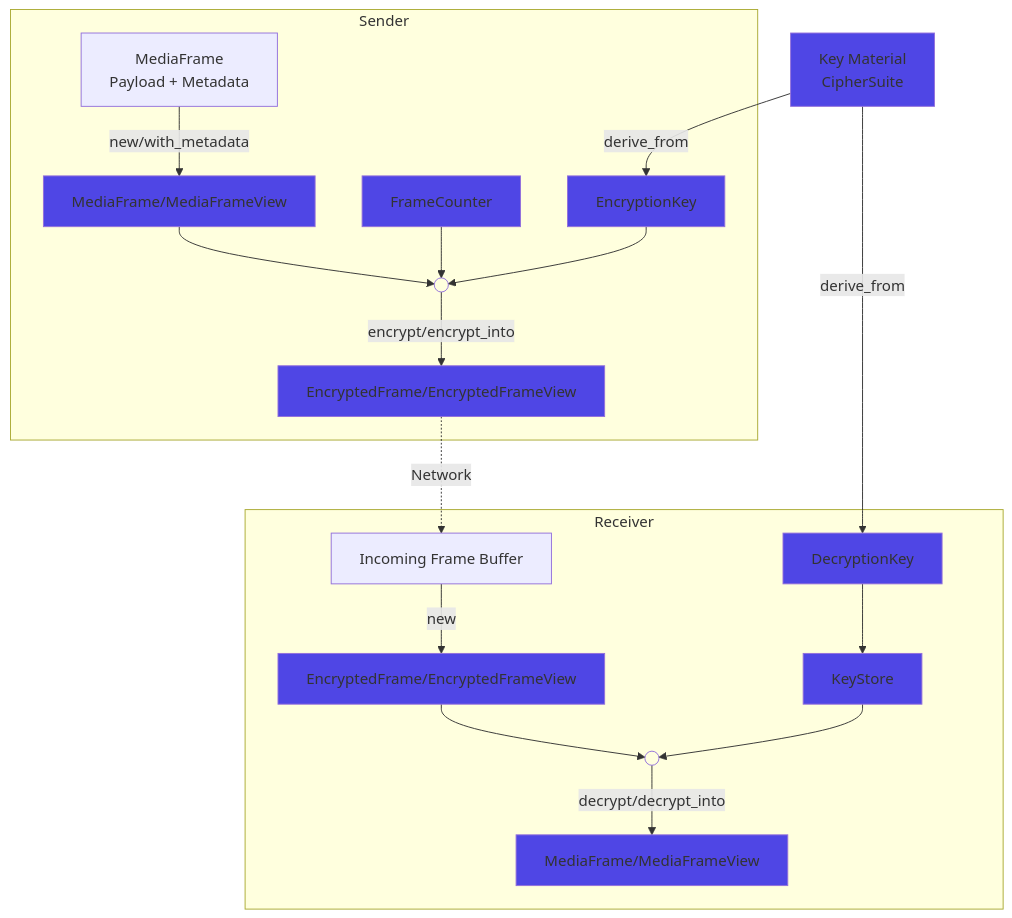
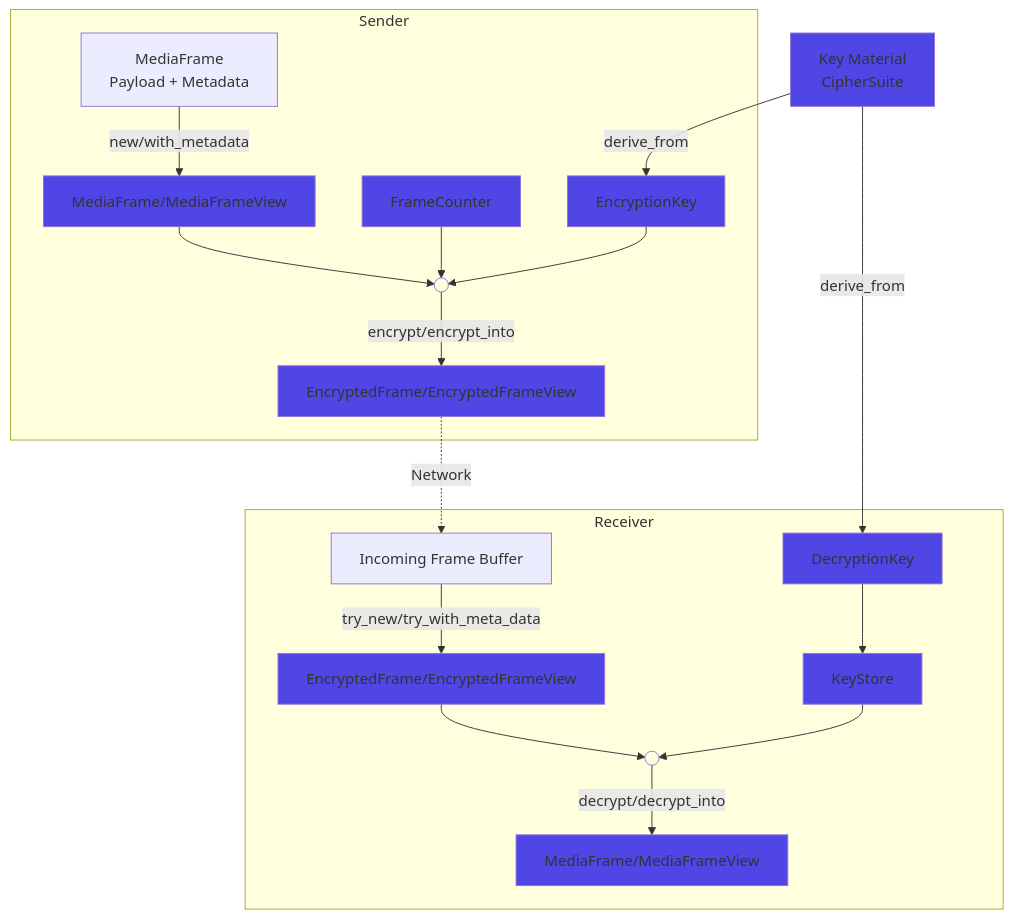
One commit to TobTheRock/sframe-rs changed the diagram in README.md. Above: the diagram before and after it, drawn with Mermaid.

Commit message:
docs: use correct API methods in mermaid diag

````diff
--- a/README.md
+++ b/README.md
@@ -55,36 +55,36 @@
 ```mermaid
 flowchart TD
     subgraph Sender
         A[MediaFrame<br/>Payload + Metadata] -->|new/with_metadata| B[MediaFrame/MediaFrameView]
         B --> EncryptJunction(( ))
         EncryptJunction -->|encrypt/encrypt_into| C[EncryptedFrame/EncryptedFrameView]
         FC[FrameCounter] --> EncryptJunction
         EK[EncryptionKey] --> EncryptJunction
     end
     
     Shared[Key Material<br/>CipherSuite]
     Shared -->|derive_from| EK
     Shared -->|derive_from| DK
     
     subgraph Receiver
-        D[Incoming Frame Buffer] -->|new| E[EncryptedFrame/EncryptedFrameView]
+        D[Incoming Frame Buffer] -->|try_new/try_with_meta_data| E[EncryptedFrame/EncryptedFrameView]
         E --> DecryptJunction(( ))
         DecryptJunction -->|decrypt/decrypt_into| F[MediaFrame/MediaFrameView]
         DK[DecryptionKey] --> KS[KeyStore]
         KS --> DecryptJunction
     end
     
     C -.->|Network| D
     
     style Shared fill:#4f46e5
     style B fill:#4f46e5
     style C fill:#4f46e5
     style E fill:#4f46e5
     style F fill:#4f46e5
     style EK fill:#4f46e5
     style DK fill:#4f46e5
     style FC fill:#4f46e5
     style KS fill:#4f46e5
     style EncryptJunction fill:transparent
     style DecryptJunction fill:transparent
 ```
````
